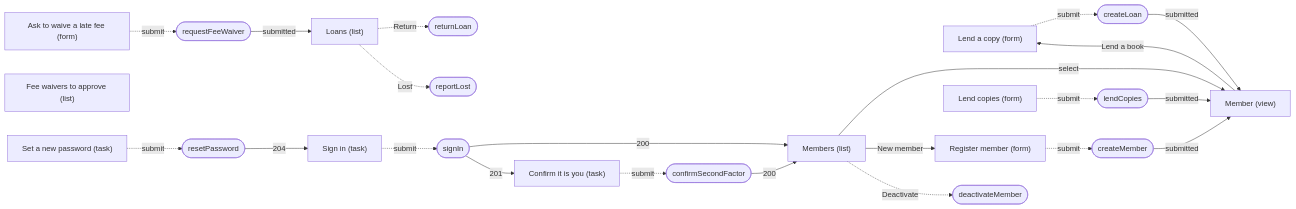
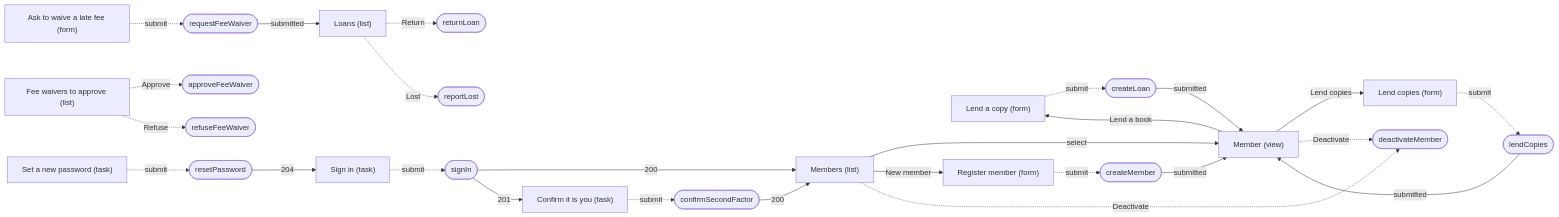
One commit to SpecArch/specarch changed diagram 23 of 24 in examples/library-lending/docs/techspec.md. Above: the diagram before and after it, drawn with Mermaid. The commit also changed other lines of this file and 146 other files, not shown here.

````diff
--- a/examples/library-lending/docs/techspec.md
+++ b/examples/library-lending/docs/techspec.md
@@ -1035,45 +1064,51 @@
 ```mermaid
 flowchart LR
   fee_waiver_form["Ask to waive a late fee (form)"]
   fee_waivers_inbox["Fee waivers to approve (list)"]
   loan_form["Lend a copy (form)"]
   loans_list["Loans (list)"]
   member_form["Register member (form)"]
   member_loans["Lend copies (form)"]
   member_view["Member (view)"]
   members_list["Members (list)"]
   reset_password["Set a new password (task)"]
   second_factor["Confirm it is you (task)"]
   sign_in["Sign in (task)"]
   op_requestFeeWaiver(["requestFeeWaiver"])
   fee_waiver_form -.->|"submit"| op_requestFeeWaiver
   op_requestFeeWaiver -->|"submitted"| loans_list
+  op_approveFeeWaiver(["approveFeeWaiver"])
+  fee_waivers_inbox -.->|"Approve"| op_approveFeeWaiver
+  op_refuseFeeWaiver(["refuseFeeWaiver"])
+  fee_waivers_inbox -.->|"Refuse"| op_refuseFeeWaiver
   op_createLoan(["createLoan"])
   loan_form -.->|"submit"| op_createLoan
   op_createLoan -->|"submitted"| member_view
   op_returnLoan(["returnLoan"])
   loans_list -.->|"Return"| op_returnLoan
   op_reportLost(["reportLost"])
   loans_list -.->|"Lost"| op_reportLost
   op_createMember(["createMember"])
   member_form -.->|"submit"| op_createMember
   op_createMember -->|"submitted"| member_view
   op_lendCopies(["lendCopies"])
   member_loans -.->|"submit"| op_lendCopies
   op_lendCopies -->|"submitted"| member_view
   member_view -->|"Lend a book"| loan_form
+  member_view -->|"Lend copies"| member_loans
+  op_deactivateMember(["deactivateMember"])
+  member_view -.->|"Deactivate"| op_deactivateMember
   members_list -->|"select"| member_view
   members_list -->|"New member"| member_form
-  op_deactivateMember(["deactivateMember"])
   members_list -.->|"Deactivate"| op_deactivateMember
   op_resetPassword(["resetPassword"])
   reset_password -.->|"submit"| op_resetPassword
   op_resetPassword -->|"204"| sign_in
   op_confirmSecondFactor(["confirmSecondFactor"])
   second_factor -.->|"submit"| op_confirmSecondFactor
   op_confirmSecondFactor -->|"200"| members_list
   op_signIn(["signIn"])
   sign_in -.->|"submit"| op_signIn
   op_signIn -->|"200"| members_list
   op_signIn -->|"201"| second_factor
 ```
````
